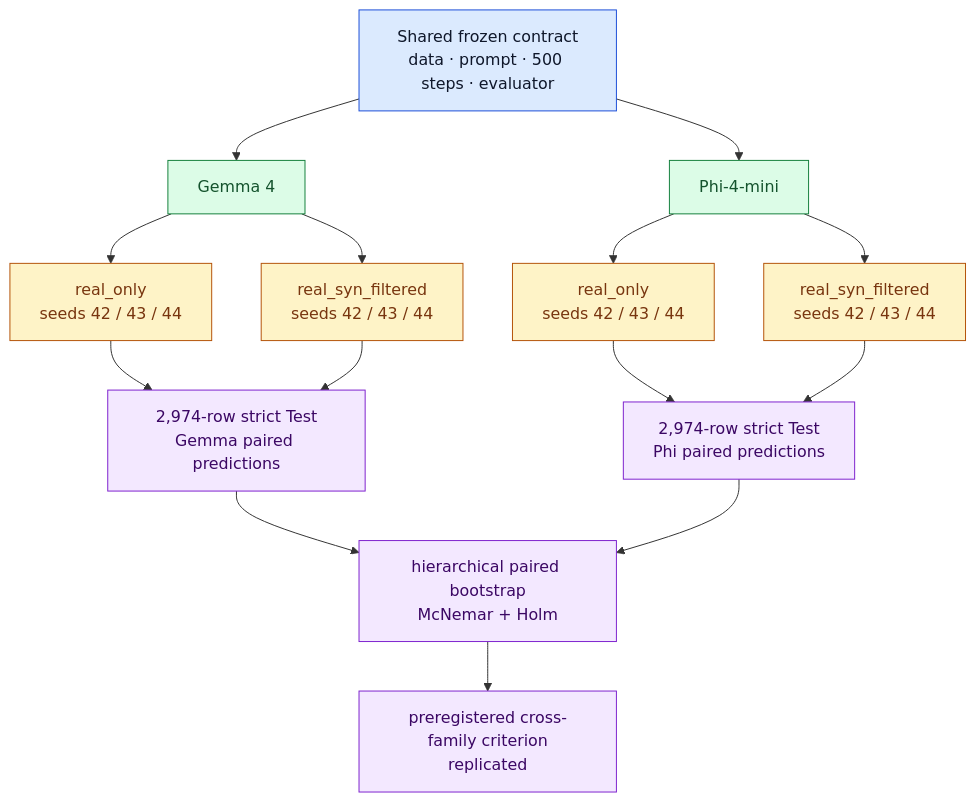
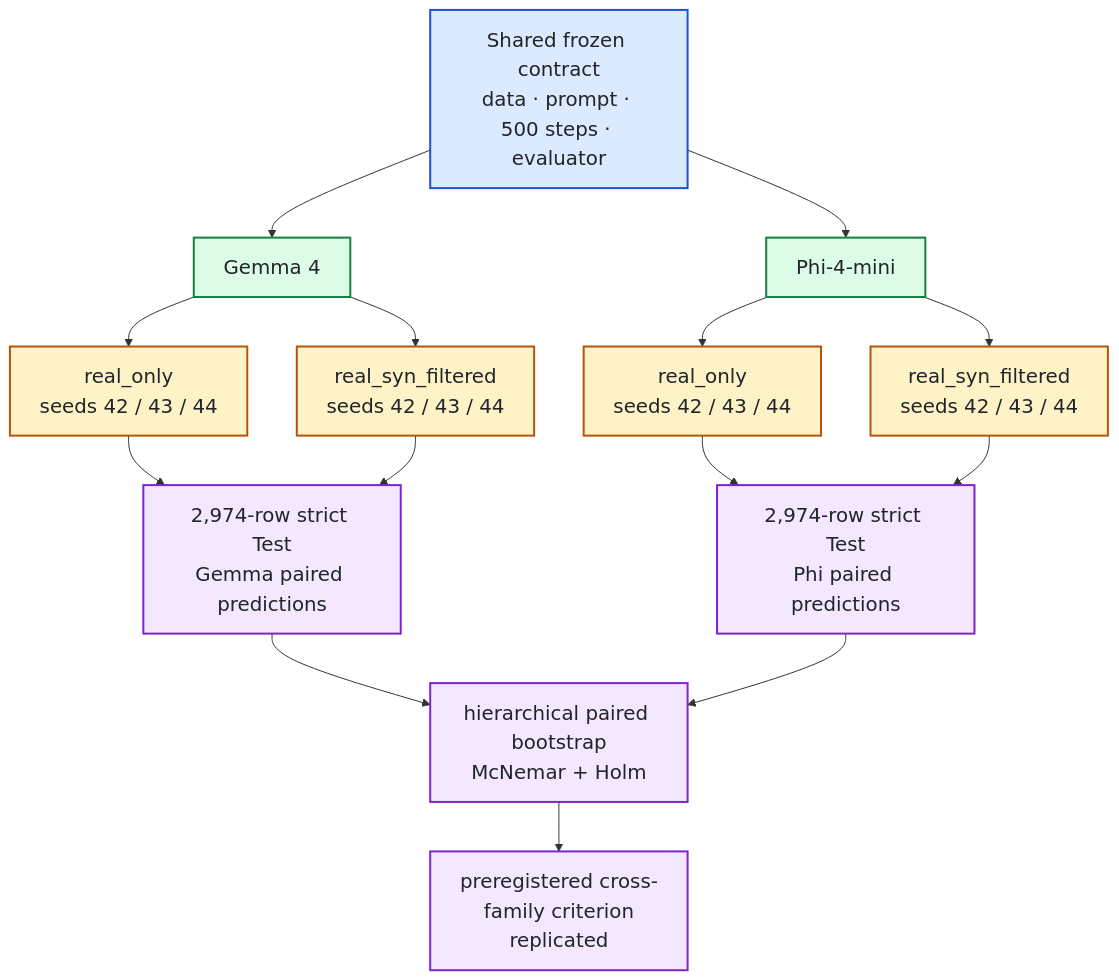
The second of 2 diagrams in README.md (kuotunyu/FormosaNLU-Synth), drawn with Mermaid before and after one commit. The commit also changed other lines of this file and 1 other file, not shown here.

Commit message:
docs: overhaul README with 20px Mermaid flowcharts and solid black text

````diff
--- a/README.md
+++ b/README.md
@@ -126,33 +128,30 @@
 ```mermaid
+%%{init: {'themeVariables': {'fontSize': '20px'}}}%%
 flowchart TB
     Contract["Shared frozen contract<br/>data · prompt · 500 steps · evaluator"]
     Gemma["Gemma 4"]
     Phi["Phi-4-mini"]
     GReal["real_only<br/>seeds 42 / 43 / 44"]
     GSyn["real_syn_filtered<br/>seeds 42 / 43 / 44"]
     PReal["real_only<br/>seeds 42 / 43 / 44"]
     PSyn["real_syn_filtered<br/>seeds 42 / 43 / 44"]
     GEval["2,974-row strict Test<br/>Gemma paired predictions"]
     PEval["2,974-row strict Test<br/>Phi paired predictions"]
     Stats["hierarchical paired bootstrap<br/>McNemar + Holm"]
     Criterion["preregistered cross-family criterion<br/>replicated"]
 
-    Contract --> Gemma
-    Contract --> Phi
-    Gemma --> GReal --> GEval
-    Gemma --> GSyn --> GEval
-    Phi --> PReal --> PEval
-    Phi --> PSyn --> PEval
-    GEval --> Stats
-    PEval --> Stats
-    Stats --> Criterion
+    Contract --> Gemma & Phi
+    Gemma --> GReal & GSyn --> GEval
+    Phi --> PReal & PSyn --> PEval
+    GEval & PEval --> Stats --> Criterion
 
-    classDef contract fill:#DBEAFE,stroke:#1D4ED8,color:#0F172A
-    classDef model fill:#DCFCE7,stroke:#15803D,color:#14532D
-    classDef arm fill:#FEF3C7,stroke:#B45309,color:#78350F
-    classDef evidence fill:#F3E8FF,stroke:#7E22CE,color:#3B0764
+    classDef contract fill:#DBEAFE,stroke:#1D4ED8,stroke-width:2px,color:#212529
+    classDef model fill:#DCFCE7,stroke:#15803D,stroke-width:2px,color:#212529
+    classDef arm fill:#FEF3C7,stroke:#B45309,stroke-width:2px,color:#212529
+    classDef evidence fill:#F3E8FF,stroke:#7E22CE,stroke-width:2px,color:#212529
+    
     class Contract contract
     class Gemma,Phi model
     class GReal,GSyn,PReal,PSyn arm
     class GEval,PEval,Stats,Criterion evidence
 ```
````
